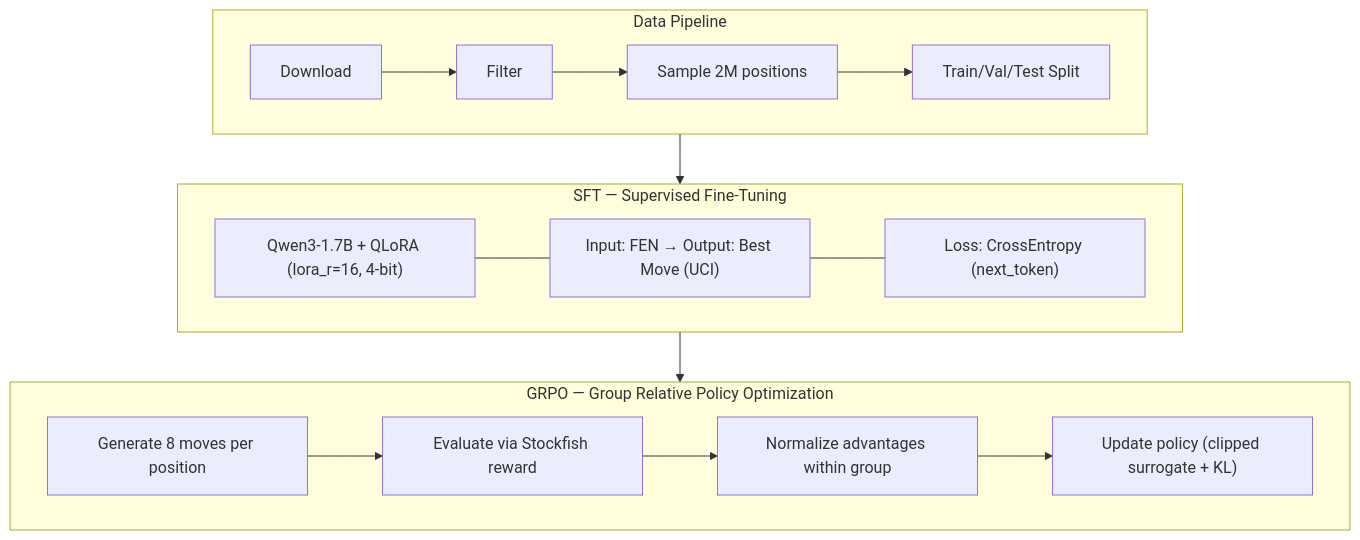
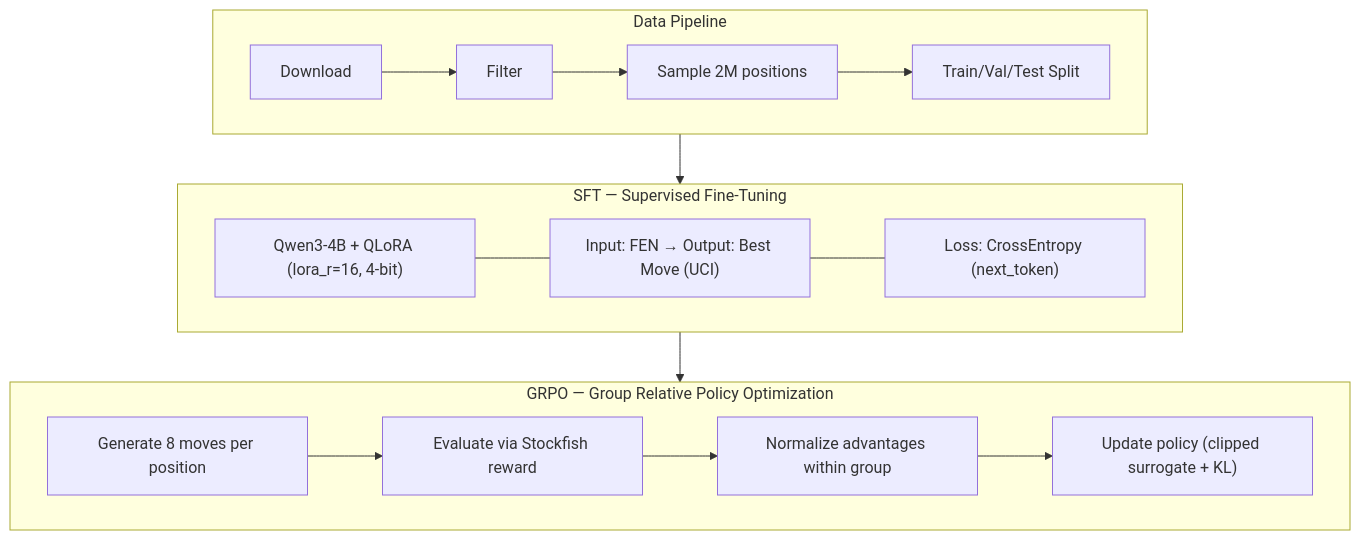
One commit to pmlg/learning-to-replicate-expert-judgement changed the second of 2 diagrams in README.md. Above: the diagram before and after it, drawn with Mermaid. The commit also changed other lines of this file and 11 other files, not shown here.

````diff
--- a/README.md
+++ b/README.md
@@ -57,23 +57,23 @@
 ```mermaid
 flowchart TD
     subgraph Data["Data Pipeline"]
         D1[Download] --> D2[Filter] --> D3["Sample 2M positions"] --> D4["Train/Val/Test Split"]
     end
 
     subgraph SFT["SFT — Supervised Fine-Tuning"]
-        S1["Qwen3-1.7B + QLoRA (lora_r=16, 4-bit)"]
+        S1["Qwen3-4B + QLoRA (lora_r=16, 4-bit)"]
         S2["Input: FEN → Output: Best Move (UCI)"]
         S3["Loss: CrossEntropy (next_token)"]
         S1 --- S2 --- S3
     end
 
     subgraph GRPO["GRPO — Group Relative Policy Optimization"]
         G1["Generate 8 moves per position"]
         G2["Evaluate via Stockfish reward"]
         G3["Normalize advantages within group"]
         G4["Update policy (clipped surrogate + KL)"]
         G1 --> G2 --> G3 --> G4
     end
 
     Data --> SFT --> GRPO
 ```
````
